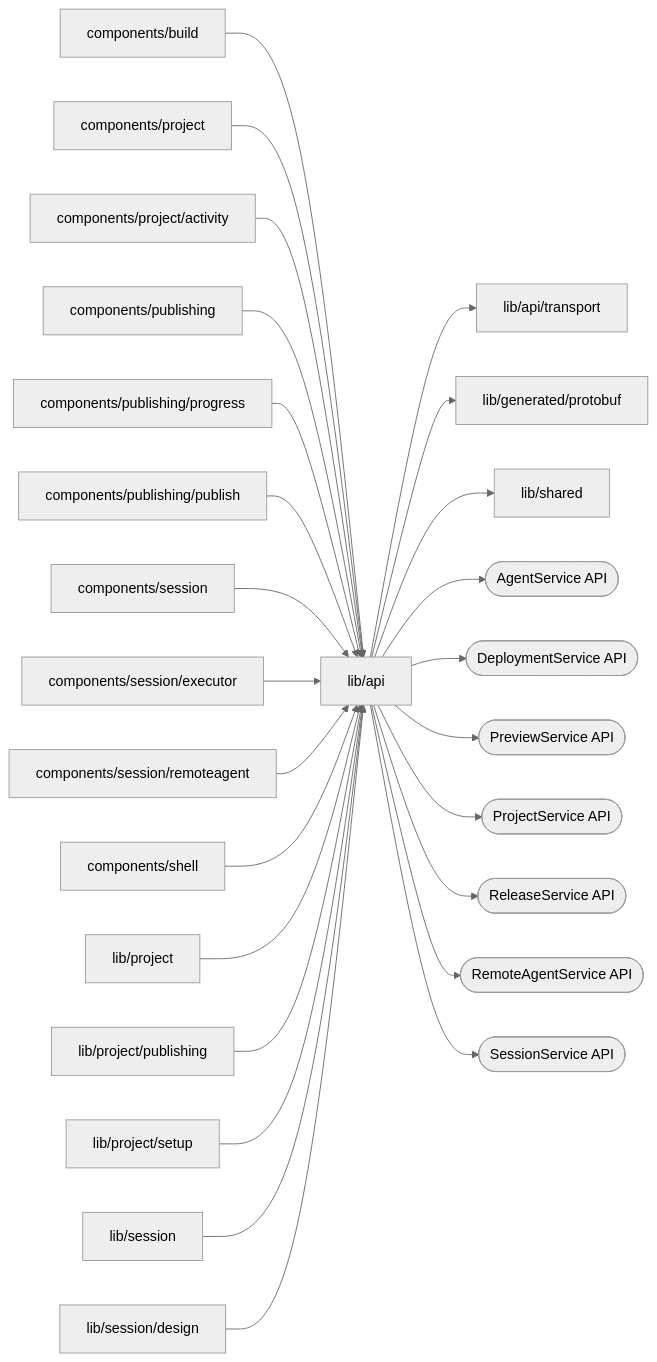
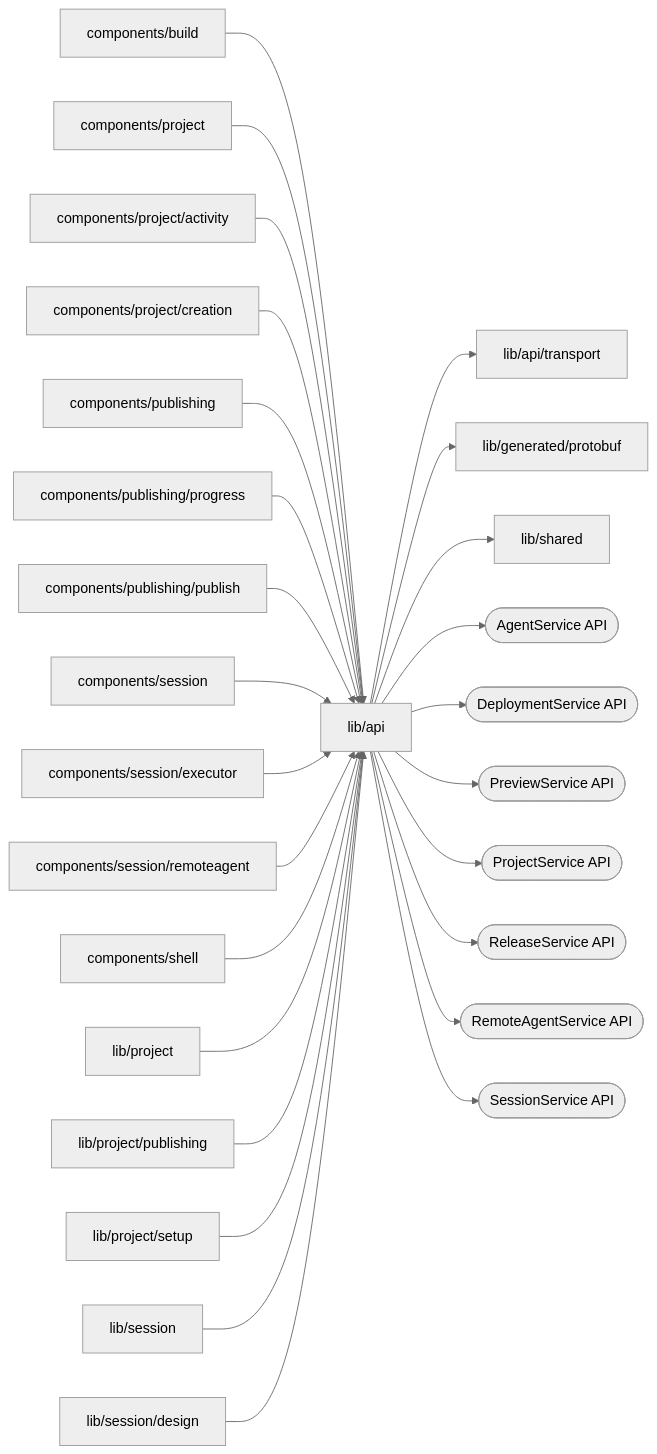
One commit to superdurable/superverse changed the diagram in web/studio/lib/api/README.md. Above: the diagram before and after it, drawn with Mermaid (neutral theme). The commit also changed other lines of this file and 47 other files, not shown here.

````diff
--- a/web/studio/lib/api/README.md
+++ b/web/studio/lib/api/README.md
@@ -10,29 +10,30 @@
 ```mermaid
 flowchart LR
   self["lib/api"]
   c0["components/build"] --> self
   c1["components/project"] --> self
   c2["components/project/activity"] --> self
-  c3["components/publishing"] --> self
-  c4["components/publishing/progress"] --> self
-  c5["components/publishing/publish"] --> self
-  c6["components/session"] --> self
-  c7["components/session/executor"] --> self
-  c8["components/session/remoteagent"] --> self
-  c9["components/shell"] --> self
-  c10["lib/project"] --> self
-  c11["lib/project/publishing"] --> self
-  c12["lib/project/setup"] --> self
-  c13["lib/session"] --> self
-  c14["lib/session/design"] --> self
+  c3["components/project/creation"] --> self
+  c4["components/publishing"] --> self
+  c5["components/publishing/progress"] --> self
+  c6["components/publishing/publish"] --> self
+  c7["components/session"] --> self
+  c8["components/session/executor"] --> self
+  c9["components/session/remoteagent"] --> self
+  c10["components/shell"] --> self
+  c11["lib/project"] --> self
+  c12["lib/project/publishing"] --> self
+  c13["lib/project/setup"] --> self
+  c14["lib/session"] --> self
+  c15["lib/session/design"] --> self
   self --> d0["lib/api/transport"]
   self --> d1["lib/generated/protobuf"]
   self --> d2["lib/shared"]
   self --> e0(["AgentService API"])
   self --> e1(["DeploymentService API"])
   self --> e2(["PreviewService API"])
   self --> e3(["ProjectService API"])
   self --> e4(["ReleaseService API"])
   self --> e5(["RemoteAgentService API"])
   self --> e6(["SessionService API"])
 ```
````
